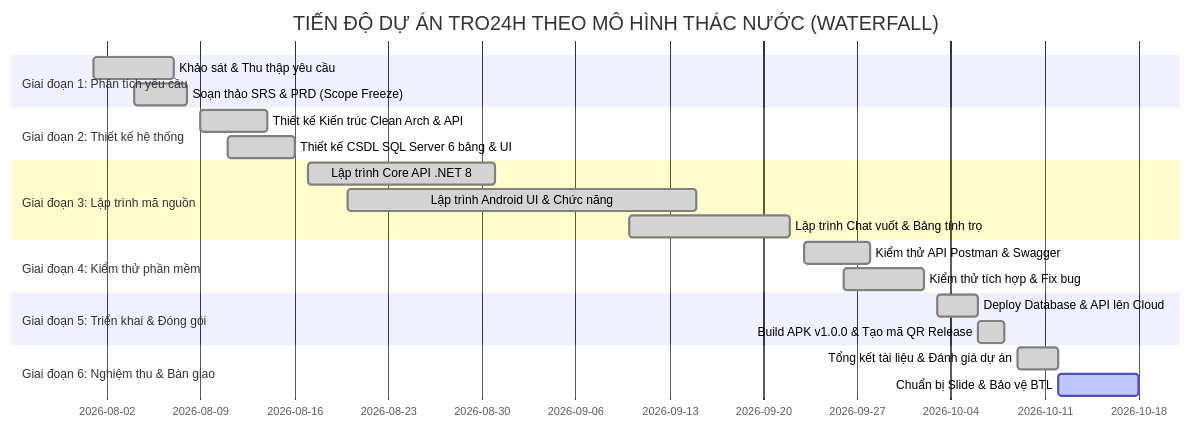
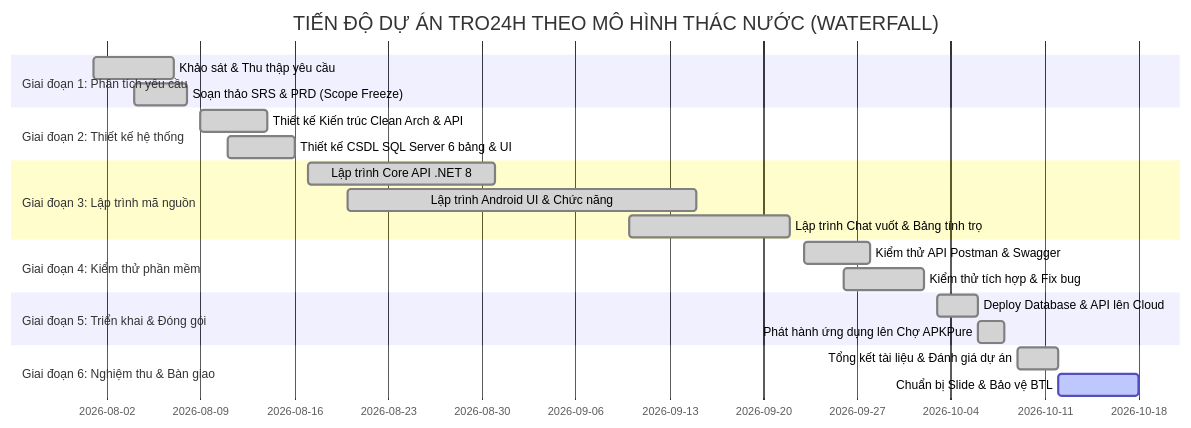
Before and after one commit to Dinh-Phuong1001/TRO24H: the second of 2 diagrams in docs/05_PhanCongCongViec_TienDo.md, drawn with Mermaid. The commit also changed other lines of this file and 18 other files, not shown here.

````diff
--- a/docs/05_PhanCongCongViec_TienDo.md
+++ b/docs/05_PhanCongCongViec_TienDo.md
@@ -160,24 +160,24 @@
 ```mermaid
 gantt
     title TIẾN ĐỘ DỰ ÁN TRO24H THEO MÔ HÌNH THÁC NƯỚC (WATERFALL)
     dateFormat  YYYY-MM-DD
     section Giai đoạn 1: Phân tích yêu cầu
     Khảo sát & Thu thập yêu cầu            :done, des1, 2026-08-01, 2026-08-07
     Soạn thảo SRS & PRD (Scope Freeze)    :done, des2, 2026-08-04, 2026-08-08
     section Giai đoạn 2: Thiết kế hệ thống
     Thiết kế Kiến trúc Clean Arch & API   :done, des3, 2026-08-09, 2026-08-14
     Thiết kế CSDL SQL Server 6 bảng & UI  :done, des4, 2026-08-11, 2026-08-16
     section Giai đoạn 3: Lập trình mã nguồn
     Lập trình Core API .NET 8             :done, dev1, 2026-08-17, 2026-08-31
     Lập trình Android UI & Chức năng      :done, dev2, 2026-08-20, 2026-09-15
     Lập trình Chat vuốt & Bảng tính trọ   :done, dev3, 2026-09-10, 2026-09-22
     section Giai đoạn 4: Kiểm thử phần mềm
     Kiểm thử API Postman & Swagger        :done, test1, 2026-09-23, 2026-09-28
     Kiểm thử tích hợp & Fix bug           :done, test2, 2026-09-26, 2026-10-02
     section Giai đoạn 5: Triển khai & Đóng gói
     Deploy Database & API lên Cloud       :done, dep1, 2026-10-03, 2026-10-06
-    Build APK v1.0.0 & Tạo mã QR Release  :done, dep2, 2026-10-06, 2026-10-08
+    Phát hành ứng dụng lên Chợ APKPure    :done, dep2, 2026-10-06, 2026-10-08
     section Giai đoạn 6: Nghiệm thu & Bàn giao
     Tổng kết tài liệu & Đánh giá dự án    :done, han1, 2026-10-09, 2026-10-12
     Chuẩn bị Slide & Bảo vệ BTL           :active, han2, 2026-10-12, 2026-10-18
 ```
````
